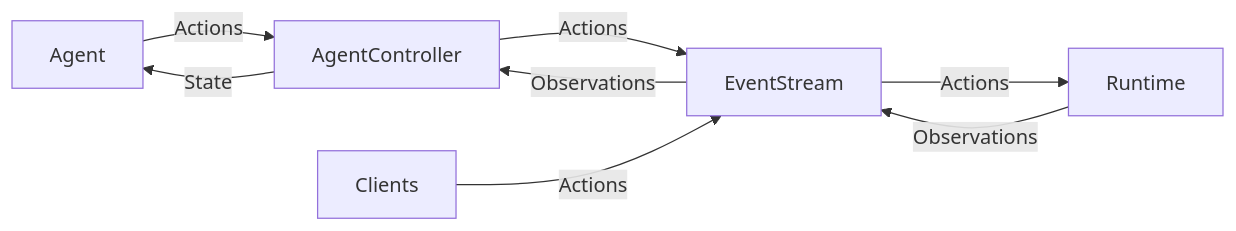
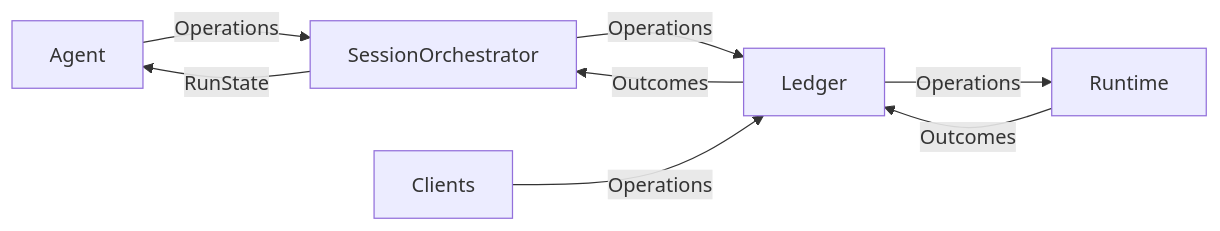
One commit to josephsenior/Grinta-Agent changed the diagram in backend/README_FORGE.md. Above: the diagram before and after it, drawn with Mermaid. The commit also changed other lines of this file and 1835 other files, not shown here.

````diff
--- a/backend/README_FORGE.md
+++ b/backend/README_FORGE.md
@@ -42,10 +42,10 @@
 ```mermaid
 flowchart LR
-  Agent--Actions-->AgentController
-  AgentController--State-->Agent
-  AgentController--Actions-->EventStream
-  EventStream--Observations-->AgentController
-  Runtime--Observations-->EventStream
-  EventStream--Actions-->Runtime
-  Clients--Actions-->EventStream
+  Agent--Operations-->SessionOrchestrator
+  SessionOrchestrator--RunState-->Agent
+  SessionOrchestrator--Operations-->Ledger
+  Ledger--Outcomes-->SessionOrchestrator
+  Runtime--Outcomes-->Ledger
+  Ledger--Operations-->Runtime
+  Clients--Operations-->Ledger
 ```
````
